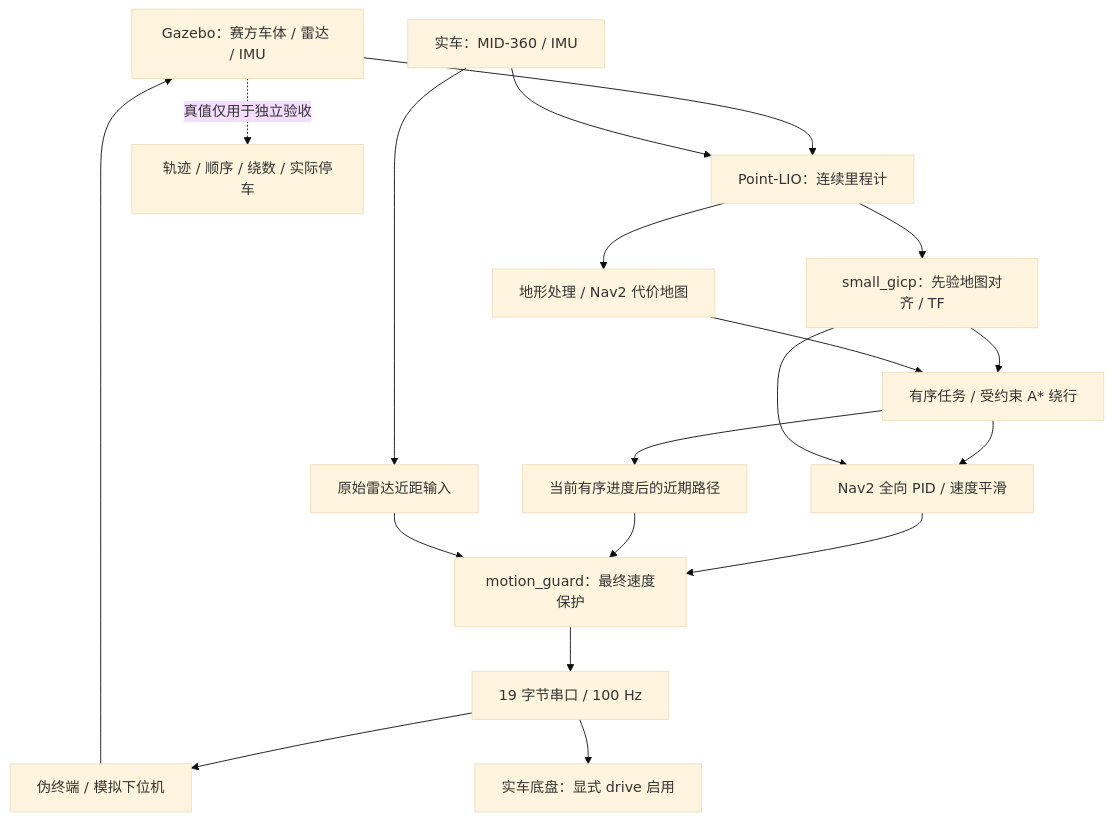
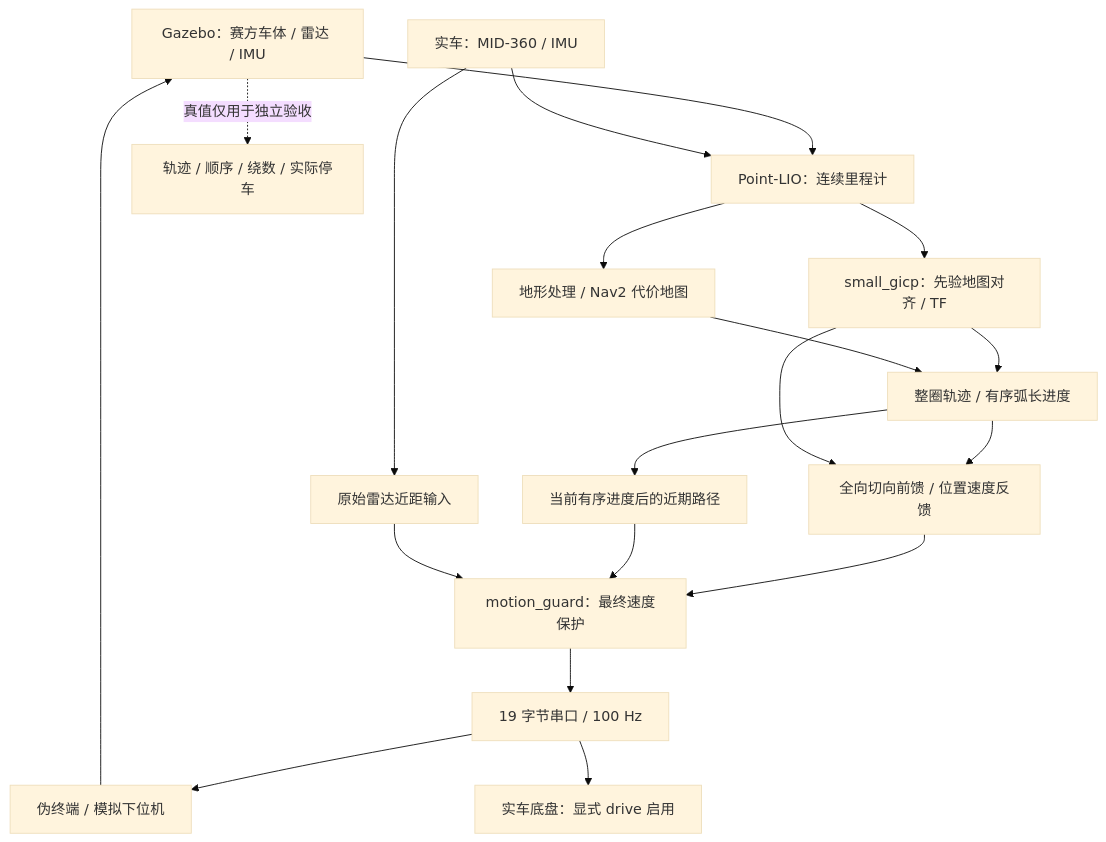
One commit to Alkapuce/srm-intramural-navigation changed the diagram in README.md. Above: the diagram before and after it, drawn with Mermaid (base theme). The commit also changed other lines of this file and 3 other files, not shown here.

````diff
--- a/README.md
+++ b/README.md
@@ -11,21 +11,21 @@
 ```mermaid
 flowchart TB
     Sim["Gazebo：赛方车体 / 雷达 / IMU"] --> LIO["Point-LIO：连续里程计"]
     Real["实车：MID-360 / IMU"] --> LIO
     Real --> Raw["原始雷达近距输入"]
     LIO --> Loc["small_gicp：先验地图对齐 / TF"]
     LIO --> Map["地形处理 / Nav2 代价地图"]
-    Loc --> Mission["有序任务 / 受约束 A* 绕行"]
+    Loc --> Mission["整圈轨迹 / 有序弧长进度"]
     Map --> Mission
-    Mission --> Control["Nav2 全向 PID / 速度平滑"]
+    Mission --> Control["全向切向前馈 / 位置速度反馈"]
     Loc --> Control
     Control --> Guard["motion_guard：最终速度保护"]
     Mission --> Future["当前有序进度后的近期路径"]
     Future --> Guard
     Raw --> Guard
     Guard --> Serial["19 字节串口 / 100 Hz"]
     Serial --> MCU["伪终端 / 模拟下位机"]
     Serial --> Chassis["实车底盘：显式 drive 启用"]
     MCU --> Sim
     Sim -. "真值仅用于独立验收" .-> Check["轨迹 / 顺序 / 绕数 / 实际停车"]
 ```
````
